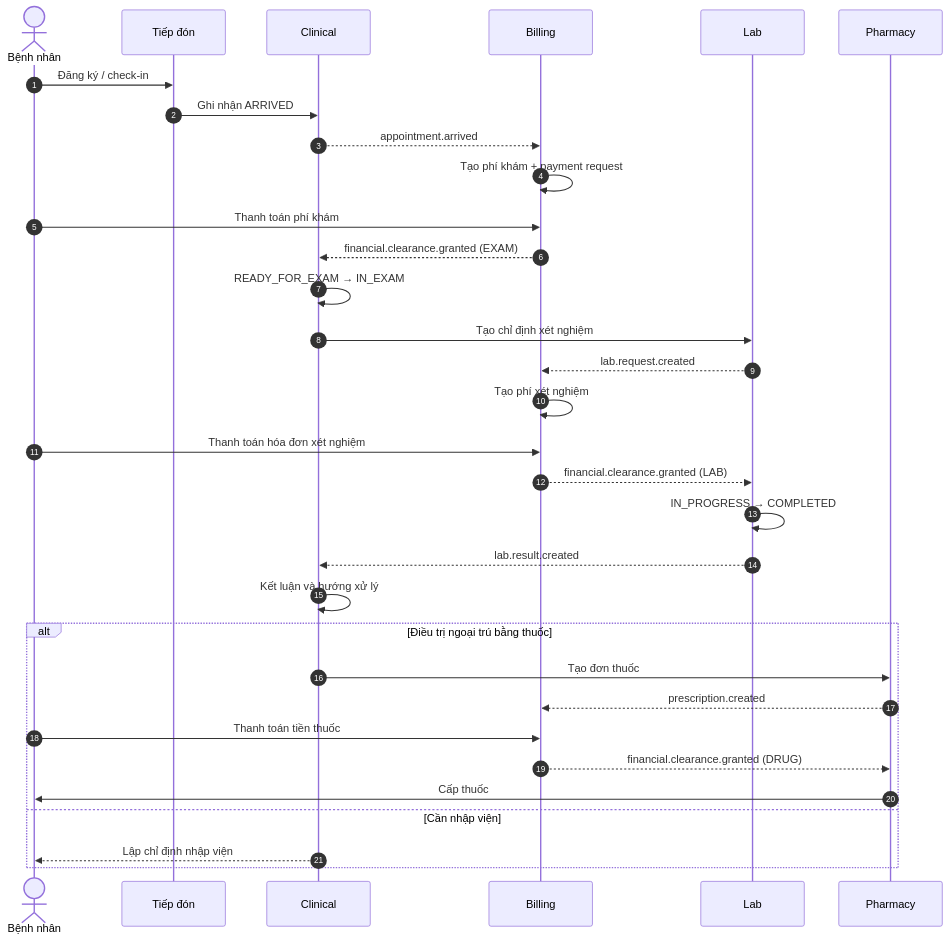
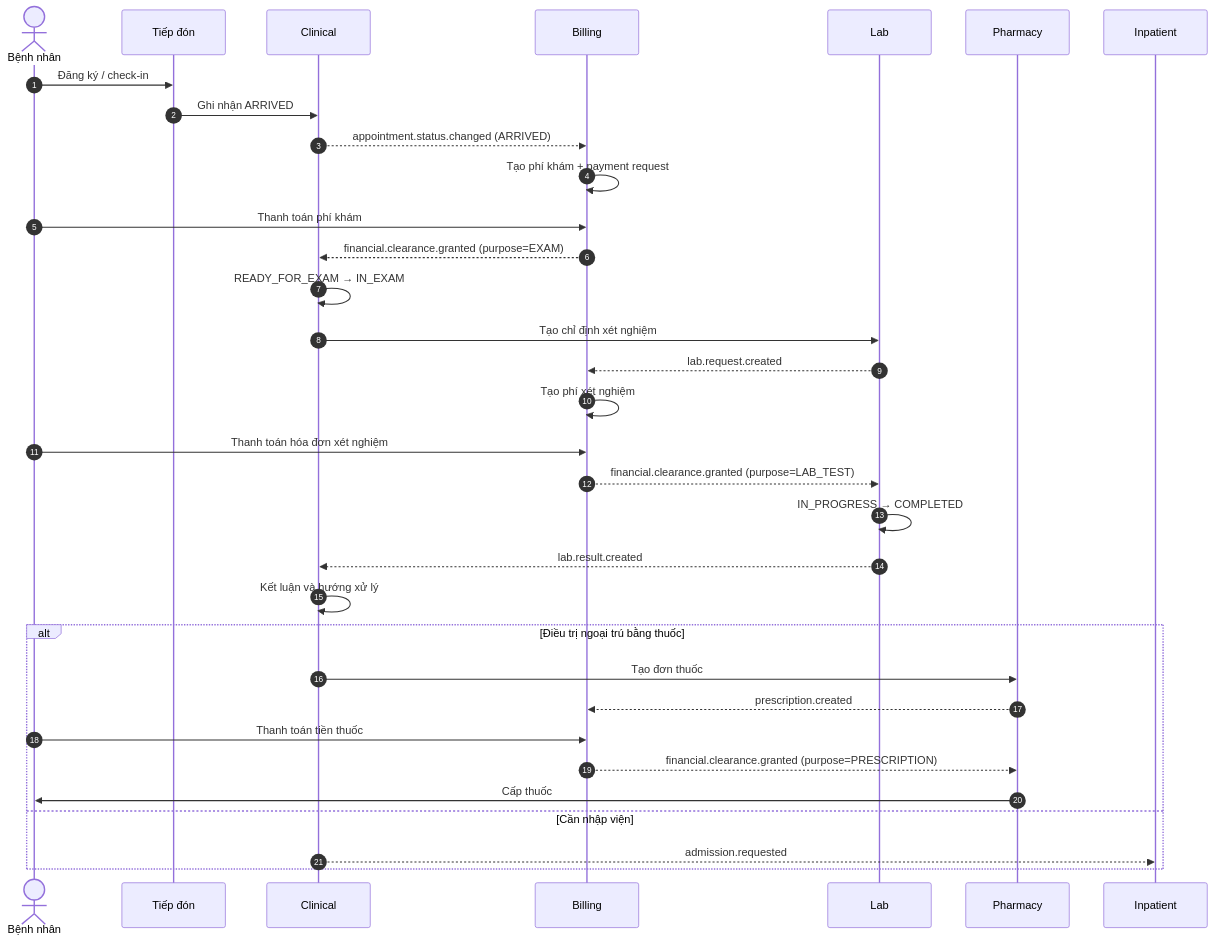
The diagram in docs/architecture/diagrams-src/02-outpatient-flow.mmd (Dangvinh77/MediFlow), drawn with Mermaid before and after one commit. The commit also changed 41 other files, not shown here.

```diff
--- a/docs/architecture/diagrams-src/02-outpatient-flow.mmd
+++ b/docs/architecture/diagrams-src/02-outpatient-flow.mmd
@@ -1,33 +1,34 @@
 sequenceDiagram
   autonumber
   actor BN as Bệnh nhân
   participant TD as Tiếp đón
   participant C as Clinical
   participant B as Billing
   participant L as Lab
   participant P as Pharmacy
+  participant I as Inpatient
 
   BN->>TD: Đăng ký / check-in
   TD->>C: Ghi nhận ARRIVED
-  C-->>B: appointment.arrived
+  C-->>B: appointment.status.changed (ARRIVED)
   B->>B: Tạo phí khám + payment request
   BN->>B: Thanh toán phí khám
-  B-->>C: financial.clearance.granted (EXAM)
+  B-->>C: financial.clearance.granted (purpose=EXAM)
   C->>C: READY_FOR_EXAM → IN_EXAM
   C->>L: Tạo chỉ định xét nghiệm
   L-->>B: lab.request.created
   B->>B: Tạo phí xét nghiệm
   BN->>B: Thanh toán hóa đơn xét nghiệm
-  B-->>L: financial.clearance.granted (LAB)
+  B-->>L: financial.clearance.granted (purpose=LAB_TEST)
   L->>L: IN_PROGRESS → COMPLETED
   L-->>C: lab.result.created
   C->>C: Kết luận và hướng xử lý
   alt Điều trị ngoại trú bằng thuốc
     C->>P: Tạo đơn thuốc
     P-->>B: prescription.created
     BN->>B: Thanh toán tiền thuốc
-    B-->>P: financial.clearance.granted (DRUG)
+    B-->>P: financial.clearance.granted (purpose=PRESCRIPTION)
     P->>BN: Cấp thuốc
   else Cần nhập viện
-    C-->>BN: Lập chỉ định nhập viện
+    C-->>I: admission.requested
   end
```
